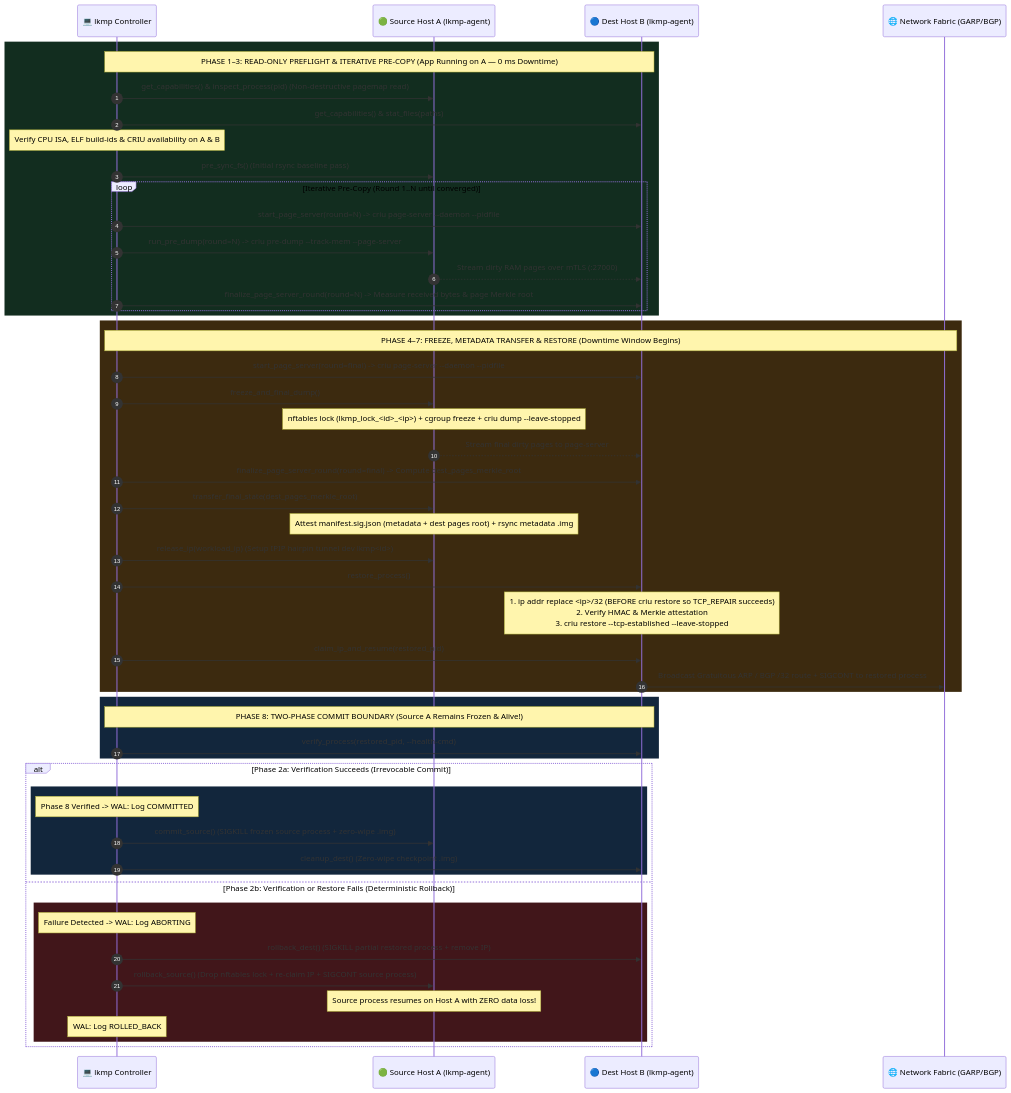
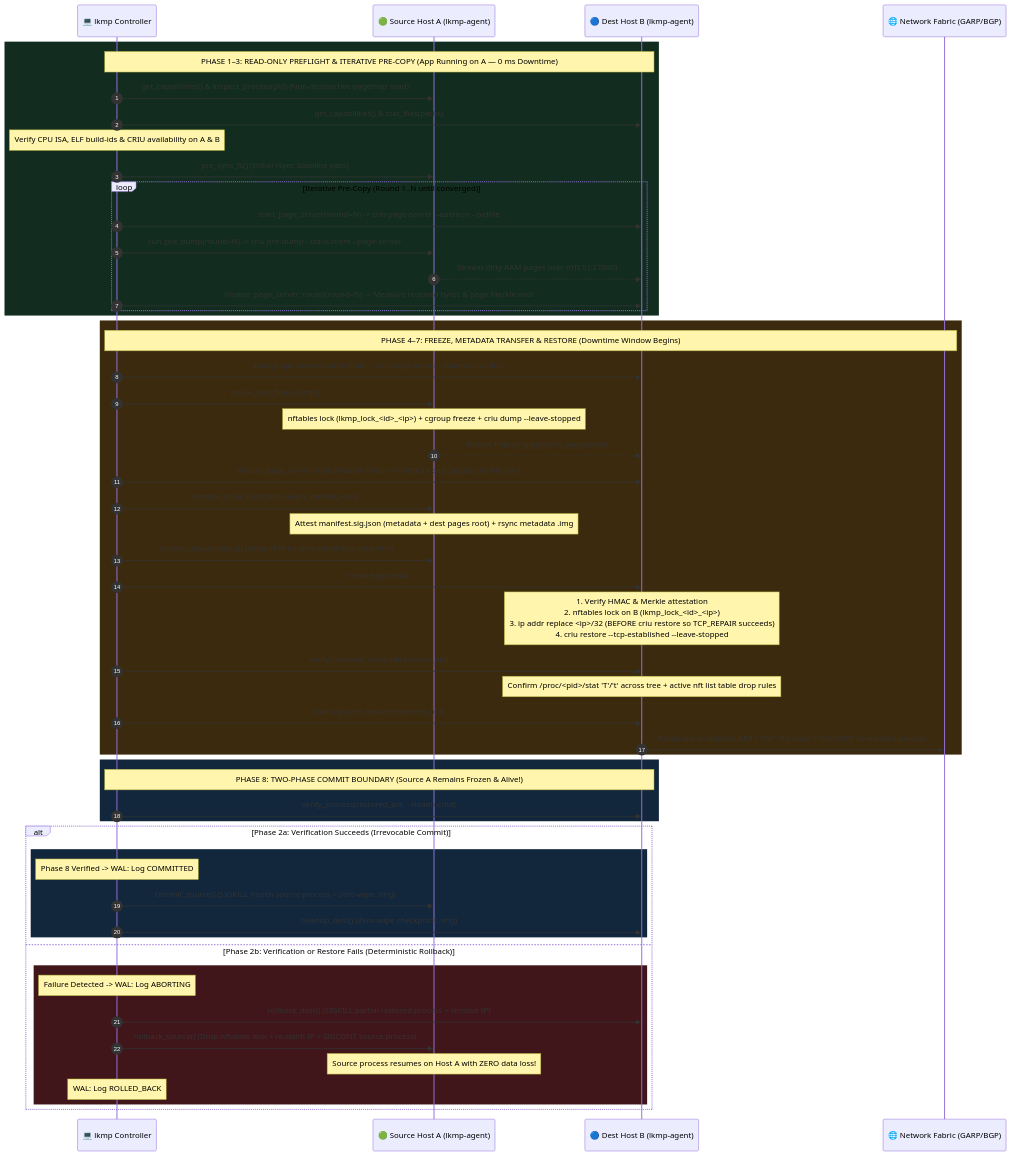
Before and after one commit to xsub/LKMP: the first of 3 diagrams in README.md, drawn with Mermaid. The commit also changed other lines of this file, not shown here.

Commit message:
docs(readme): align WAL paths, sequence diagram barrier, and verification scope

````diff
--- a/README.md
+++ b/README.md
@@ -95,59 +95,61 @@
 ```mermaid
 sequenceDiagram
     autonumber
     participant CLI as 💻 lkmp Controller
     participant A as 🟢 Source Host A (lkmp-agent)
     participant B as 🔵 Dest Host B (lkmp-agent)
     participant NET as 🌐 Network Fabric (GARP/BGP)
 
     rect rgb(18, 45, 31)
     Note over CLI,B: PHASE 1–3: READ-ONLY PREFLIGHT & ITERATIVE PRE-COPY (App Running on A — 0 ms Downtime)
     CLI->>A: get_capabilities() & inspect_process(pid) (Non-destructive pagemap read)
     CLI->>B: get_capabilities() & stat_files(paths)
     Note over CLI: Verify CPU ISA, ELF build-ids & CRIU availability on A & B
     CLI->>A: pre_sync_fs() (Initial rsync baseline pass)
     loop Iterative Pre-Copy (Round 1..N until converged)
         CLI->>B: start_page_server(round=N) -> criu page-server --daemon --pidfile
         CLI->>A: run_pre_dump(round=N) -> criu pre-dump --track-mem --page-server
         A-->>B: Stream dirty RAM pages over mTLS (:27000)
         CLI->>B: finalize_page_server_round(round=N) -> Measure received bytes & page Merkle root
     end
     end
 
     rect rgb(60, 42, 15)
     Note over CLI,NET: PHASE 4–7: FREEZE, METADATA TRANSFER & RESTORE (Downtime Window Begins)
     CLI->>B: start_page_server(round=final) -> criu page-server --daemon --pidfile
     CLI->>A: freeze_and_final_dump()
     Note over A: nftables lock (lkmp_lock_<id>_<ip>) + cgroup freeze + criu dump --leave-stopped
     A-->>B: Stream final dirty pages to page-server
     CLI->>B: finalize_page_server_round(round=final) -> Compute dest_pages_merkle_root
     CLI->>A: transfer_final_state(dest_pages_merkle_root)
     Note over A: Attest manifest.sig.json (metadata + dest pages root) + rsync metadata .img
     CLI->>A: release_ip(workload_ip) (Setup IPIP hairpin tunnel dev lkmp<id>)
     CLI->>B: restore_process()
-    Note over B: 1. ip addr replace <ip>/32 (BEFORE criu restore so TCP_REPAIR succeeds)<br/>2. Verify HMAC & Merkle attestation<br/>3. criu restore --tcp-established --leave-stopped
+    Note over B: 1. Verify HMAC & Merkle attestation<br/>2. nftables lock on B (lkmp_lock_<id>_<ip>)<br/>3. ip addr replace <ip>/32 (BEFORE criu restore so TCP_REPAIR succeeds)<br/>4. criu restore --tcp-established --leave-stopped
+    CLI->>B: verify_restored_stopped(restored_pid)
+    Note over B: Confirm /proc/<pid>/stat 'T'/'t' across tree + active nft list table drop rules
     CLI->>B: claim_ip_and_resume(restored_pid)
     B->>NET: Broadcast Gratuitous ARP / BGP /32 route + SIGCONT to restored process
     end
 
     rect rgb(18, 38, 60)
     Note over CLI,B: PHASE 8: TWO-PHASE COMMIT BOUNDARY (Source A Remains Frozen & Alive!)
     CLI->>B: verify_process(restored_pid, --health-cmd)
     end
 
     alt Phase 2a: Verification Succeeds (Irrevocable Commit)
         rect rgb(18, 38, 60)
         Note over CLI: Phase 8 Verified -> WAL: Log COMMITTED
         CLI->>A: commit_source() (SIGKILL frozen source process + zero-wipe .img)
         CLI->>B: cleanup_dest() (Zero-wipe checkpoint .img)
         end
     else Phase 2b: Verification or Restore Fails (Deterministic Rollback)
         rect rgb(65, 22, 26)
         Note over CLI: Failure Detected -> WAL: Log ABORTING
         CLI->>B: rollback_dest() (SIGKILL partial restored process + remove IP)
         CLI->>A: rollback_source() (Drop nftables lock + re-claim IP + SIGCONT source process)
         Note over A: Source process resumes on Host A with ZERO data loss!
         Note over CLI: WAL: Log ROLLED_BACK
         end
     end
 ```
````
